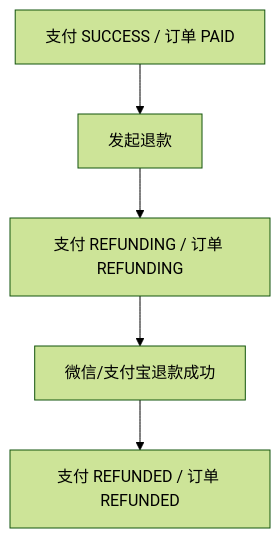
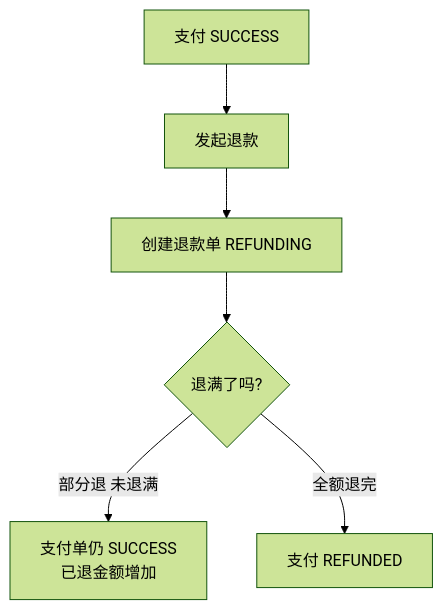
Before and after one commit to jv-morningGlory/-: the fourth of 10 diagrams in Java/Spring/场景题/支付系统/user-order-payment-status.md, drawn with Mermaid (forest theme). The commit also changed other lines of this file, not shown here.

````diff
--- a/Java/Spring/场景题/支付系统/user-order-payment-status.md
+++ b/Java/Spring/场景题/支付系统/user-order-payment-status.md
@@ -120,7 +91,8 @@
 ```mermaid
 flowchart TD
-    A[支付 SUCCESS / 订单 PAID] --> B[发起退款]
-    B --> C[支付 REFUNDING / 订单 REFUNDING]
-    C --> D[微信/支付宝退款成功]
-    D --> E[支付 REFUNDED / 订单 REFUNDED]
+    A[支付 SUCCESS] --> B[发起退款]
+    B --> C[创建退款单 REFUNDING]
+    C --> D{退满了吗?}
+    D -->|部分退 未退满| E[支付单仍 SUCCESS<br/>已退金额增加]
+    D -->|全额退完| F[支付 REFUNDED]
 ```
````
